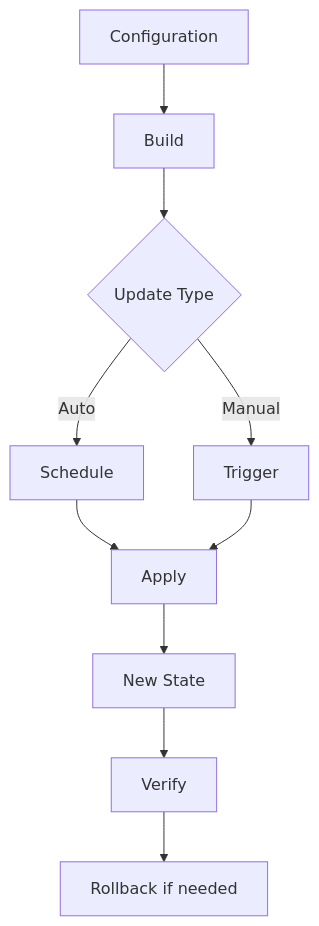
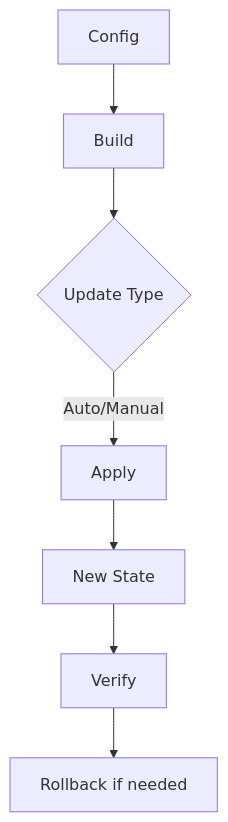
The fifth of 6 diagrams in docs/guides/advanced-configuration.md (Hydepwns/nix-mox), drawn with Mermaid before and after one commit. The commit also changed other lines of this file and 145 other files, not shown here.

````diff
--- a/docs/guides/advanced-configuration.md
+++ b/docs/guides/advanced-configuration.md
@@ -126,15 +88,9 @@
 ```mermaid
 graph TD
-    A[Configuration] --> B[Build]
+    A[Config] --> B[Build]
     B --> C{Update Type}
-    
-    C -->|Auto| D[Schedule]
-    C -->|Manual| E[Trigger]
-    
-    D --> F[Apply]
-    E --> F
-    
-    F --> G[New State]
-    G --> H[Verify]
-    H --> I[Rollback if needed]
+    C -->|Auto/Manual| D[Apply]
+    D --> E[New State]
+    E --> F[Verify]
+    F --> G[Rollback if needed]
 ```
````
